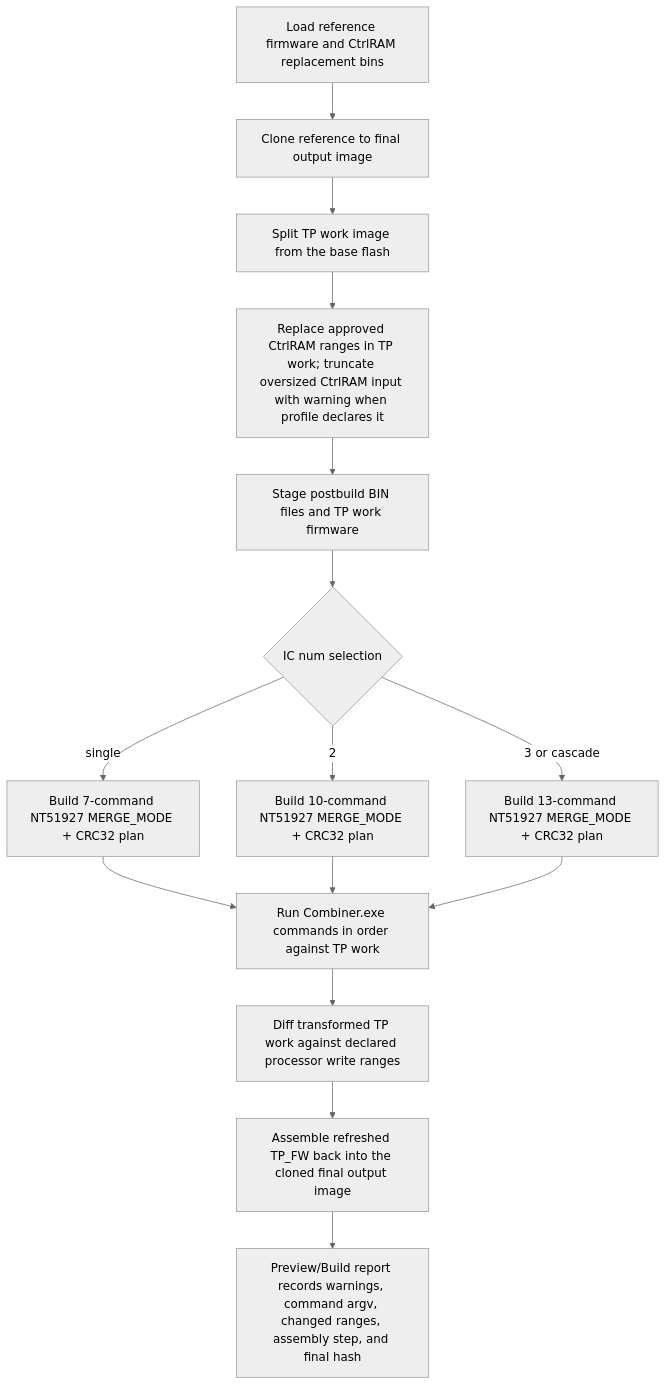
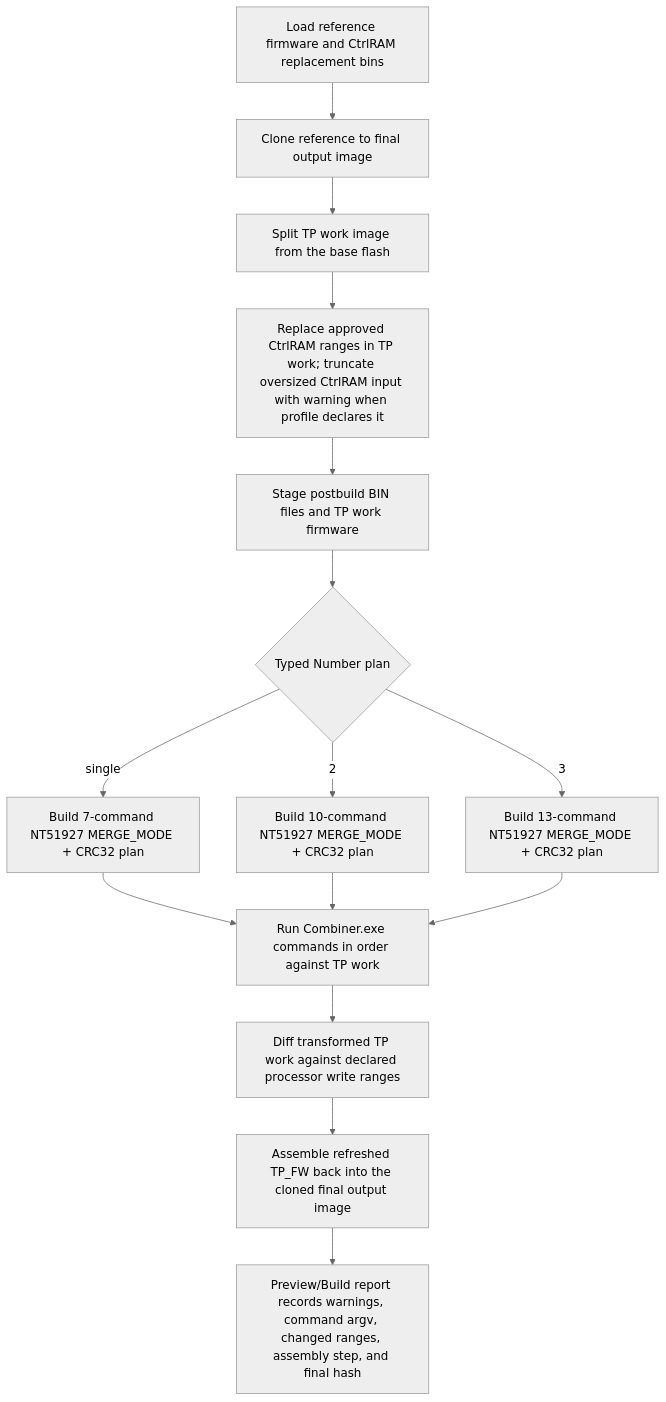
Before and after one commit to Dennis40816/nvt_fw_combiner: the eighth of 13 diagrams in docs/architecture/ic-workflow-flowcharts.md, drawn with Mermaid (neutral theme). The commit also changed other lines of this file and 133 other files, not shown here.

````diff
--- a/docs/architecture/ic-workflow-flowcharts.md
+++ b/docs/architecture/ic-workflow-flowcharts.md
@@ -211,17 +204,17 @@
 ```mermaid
 flowchart TD
     A["Load reference firmware and CtrlRAM replacement bins"] --> B["Clone reference to final output image"]
     B --> C["Split TP work image from the base flash"]
     C --> D["Replace approved CtrlRAM ranges in TP work; truncate oversized CtrlRAM input with warning when profile declares it"]
     D --> E["Stage postbuild BIN files and TP work firmware"]
-    E --> F{"IC num selection"}
+    E --> F{"Typed Number plan"}
     F -- "single" --> G["Build 7-command NT51927 MERGE_MODE + CRC32 plan"]
     F -- "2" --> H["Build 10-command NT51927 MERGE_MODE + CRC32 plan"]
-    F -- "3 or cascade" --> I["Build 13-command NT51927 MERGE_MODE + CRC32 plan"]
+    F -- "3" --> I["Build 13-command NT51927 MERGE_MODE + CRC32 plan"]
     G --> J["Run Combiner.exe commands in order against TP work"]
     H --> J
     I --> J
     J --> K["Diff transformed TP work against declared processor write ranges"]
     K --> L["Assemble refreshed TP_FW back into the cloned final output image"]
     L --> M["Preview/Build report records warnings, command argv, changed ranges, assembly step, and final hash"]
 ```
````
